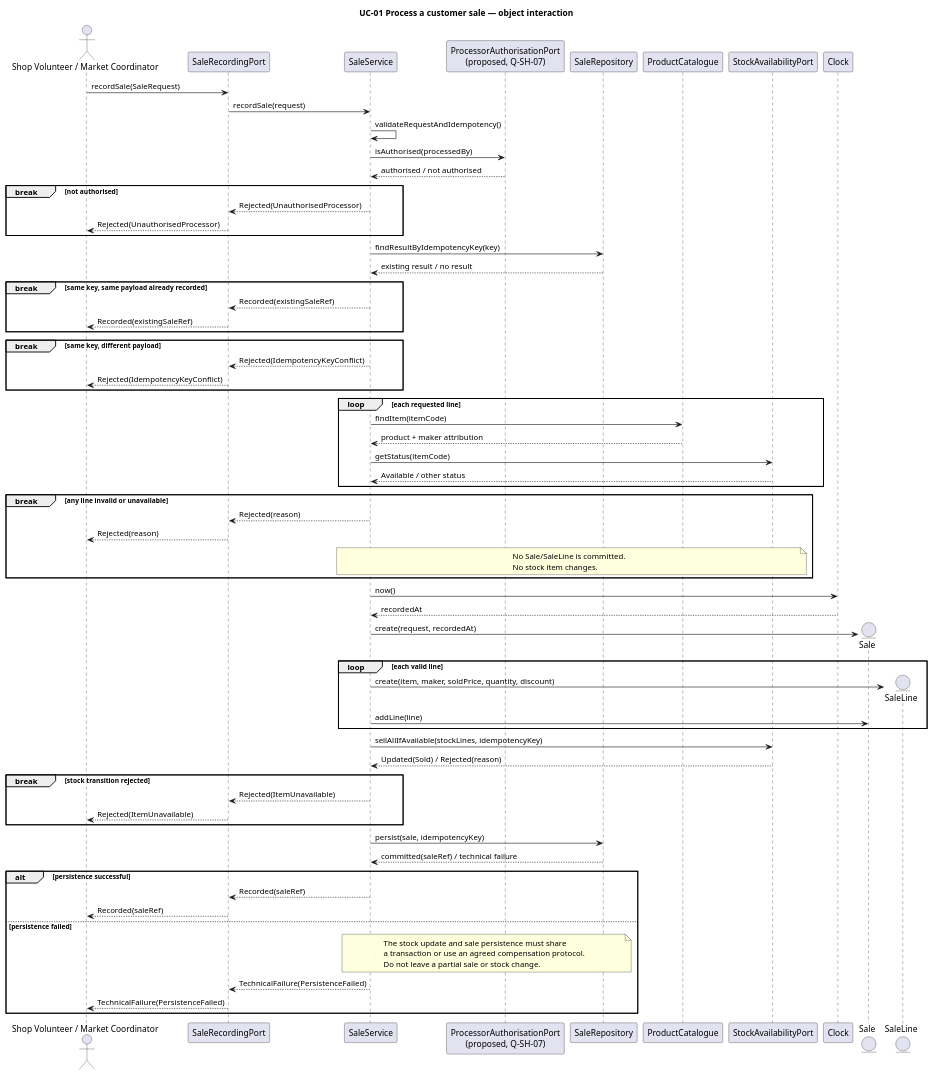
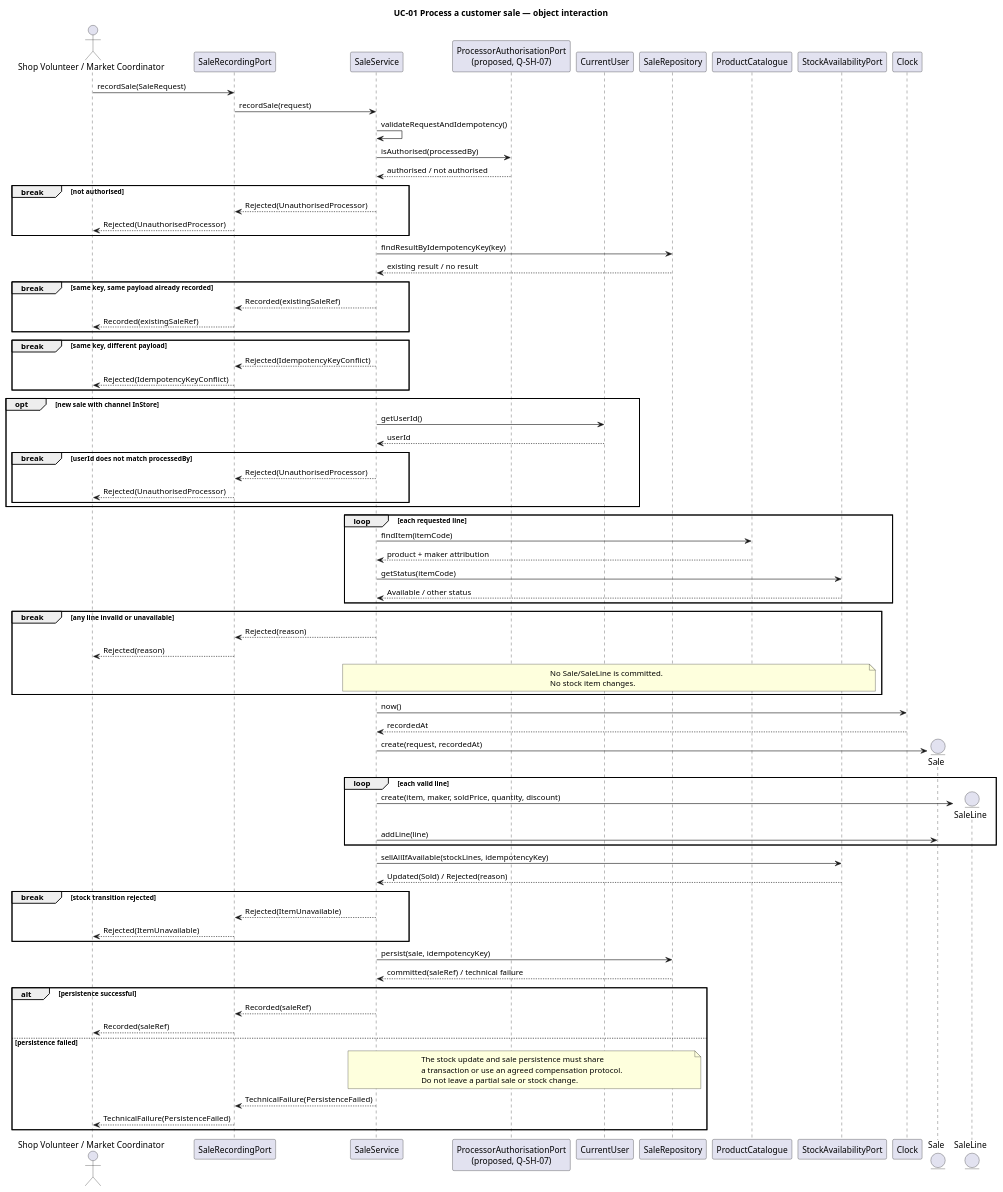
The diagram in ca2-analysis/slices/slice-4/sequence/sequence.puml (Mykola-Rubliuk/LocalCraftMarketplace), drawn with PlantUML before and after one commit. The commit also changed 33 other files, not shown here.

First line of the commit message:
Add shared CurrentUser decision (D-CA2-20)

```diff
--- a/ca2-analysis/slices/slice-4/sequence/sequence.puml
+++ b/ca2-analysis/slices/slice-4/sequence/sequence.puml
@@ -1,88 +1,98 @@
 @startuml
 title UC-01 Process a customer sale — object interaction
 
 actor "Shop Volunteer / Market Coordinator" as Processor
 participant SaleRecordingPort as Port
 participant SaleService
 participant "ProcessorAuthorisationPort\n(proposed, Q-SH-07)" as Auth
+participant CurrentUser as User
 participant SaleRepository as Repo
 participant ProductCatalogue as Catalogue
 participant StockAvailabilityPort as Stock
 participant Clock
 entity Sale
 entity SaleLine
 
 Processor -> Port: recordSale(SaleRequest)
 Port -> SaleService: recordSale(request)
 SaleService -> SaleService: validateRequestAndIdempotency()
 
 SaleService -> Auth: isAuthorised(processedBy)
 Auth --> SaleService: authorised / not authorised
 break not authorised
   SaleService --> Port: Rejected(UnauthorisedProcessor)
   Port --> Processor: Rejected(UnauthorisedProcessor)
 end
 
 SaleService -> Repo: findResultByIdempotencyKey(key)
 Repo --> SaleService: existing result / no result
 
 break same key, same payload already recorded
   SaleService --> Port: Recorded(existingSaleRef)
   Port --> Processor: Recorded(existingSaleRef)
 end
 
 break same key, different payload
   SaleService --> Port: Rejected(IdempotencyKeyConflict)
   Port --> Processor: Rejected(IdempotencyKeyConflict)
+end
+
+opt new sale with channel InStore
+  SaleService -> User: getUserId()
+  User --> SaleService: userId
+  break userId does not match processedBy
+    SaleService --> Port: Rejected(UnauthorisedProcessor)
+    Port --> Processor: Rejected(UnauthorisedProcessor)
+  end
 end
 
 loop each requested line
   SaleService -> Catalogue: findItem(itemCode)
   Catalogue --> SaleService: product + maker attribution
   SaleService -> Stock: getStatus(itemCode)
   Stock --> SaleService: Available / other status
 end
 
 break any line invalid or unavailable
   SaleService --> Port: Rejected(reason)
   Port --> Processor: Rejected(reason)
   note over SaleService,Stock
     No Sale/SaleLine is committed.
     No stock item changes.
   end note
 end
 
 SaleService -> Clock: now()
 Clock --> SaleService: recordedAt
 create Sale
 SaleService -> Sale: create(request, recordedAt)
 loop each valid line
   create SaleLine
   SaleService -> SaleLine: create(item, maker, soldPrice, quantity, discount)
   SaleService -> Sale: addLine(line)
 end
 
 SaleService -> Stock: sellAllIfAvailable(stockLines, idempotencyKey)
 Stock --> SaleService: Updated(Sold) / Rejected(reason)
 
 break stock transition rejected
   SaleService --> Port: Rejected(ItemUnavailable)
   Port --> Processor: Rejected(ItemUnavailable)
 end
 
 SaleService -> Repo: persist(sale, idempotencyKey)
 Repo --> SaleService: committed(saleRef) / technical failure
 
 alt persistence successful
   SaleService --> Port: Recorded(saleRef)
   Port --> Processor: Recorded(saleRef)
 else persistence failed
   note over SaleService,Repo
     The stock update and sale persistence must share
     a transaction or use an agreed compensation protocol.
     Do not leave a partial sale or stock change.
   end note
   SaleService --> Port: TechnicalFailure(PersistenceFailed)
   Port --> Processor: TechnicalFailure(PersistenceFailed)
 end
 @enduml
```
